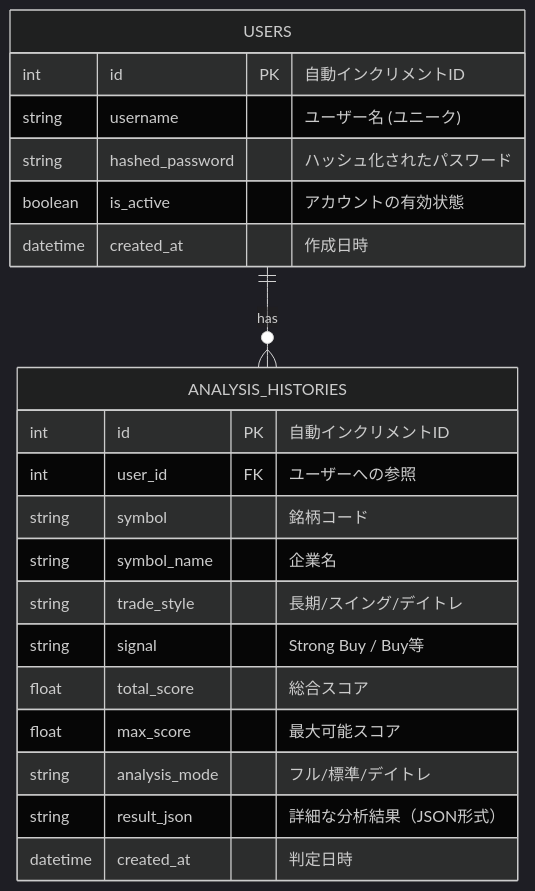
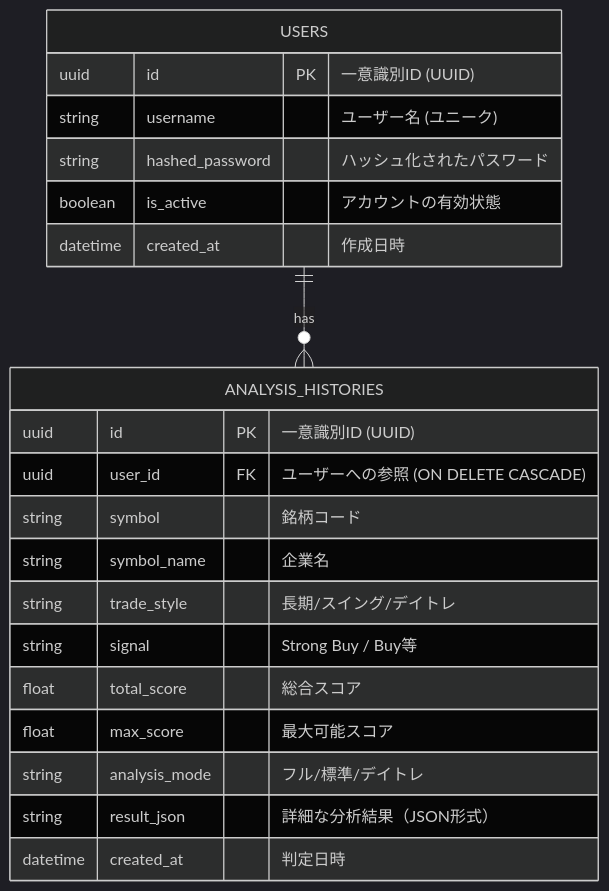
One commit to Yuyta/stock-trading-tool changed the diagram in docs/db_spec.md. Above: the diagram before and after it, drawn with Mermaid (dark theme). The commit also changed other lines of this file and 9 other files, not shown here.

````diff
--- a/docs/db_spec.md
+++ b/docs/db_spec.md
@@ -8,26 +8,26 @@
 ```mermaid
 erDiagram
     USERS ||--o{ ANALYSIS_HISTORIES : "has"
-    
+  
     USERS {
-        int id PK "自動インクリメントID"
+        uuid id PK "一意識別ID (UUID)"
         string username "ユーザー名 (ユニーク)"
         string hashed_password "ハッシュ化されたパスワード"
         boolean is_active "アカウントの有効状態"
         datetime created_at "作成日時"
     }
-    
+  
     ANALYSIS_HISTORIES {
-        int id PK "自動インクリメントID"
-        int user_id FK "ユーザーへの参照"
+        uuid id PK "一意識別ID (UUID)"
+        uuid user_id FK "ユーザーへの参照 (ON DELETE CASCADE)"
         string symbol "銘柄コード"
         string symbol_name "企業名"
         string trade_style "長期/スイング/デイトレ"
         string signal "Strong Buy / Buy等"
         float total_score "総合スコア"
         float max_score "最大可能スコア"
         string analysis_mode "フル/標準/デイトレ"
         string result_json "詳細な分析結果（JSON形式）"
         datetime created_at "判定日時"
     }
 ```
````
